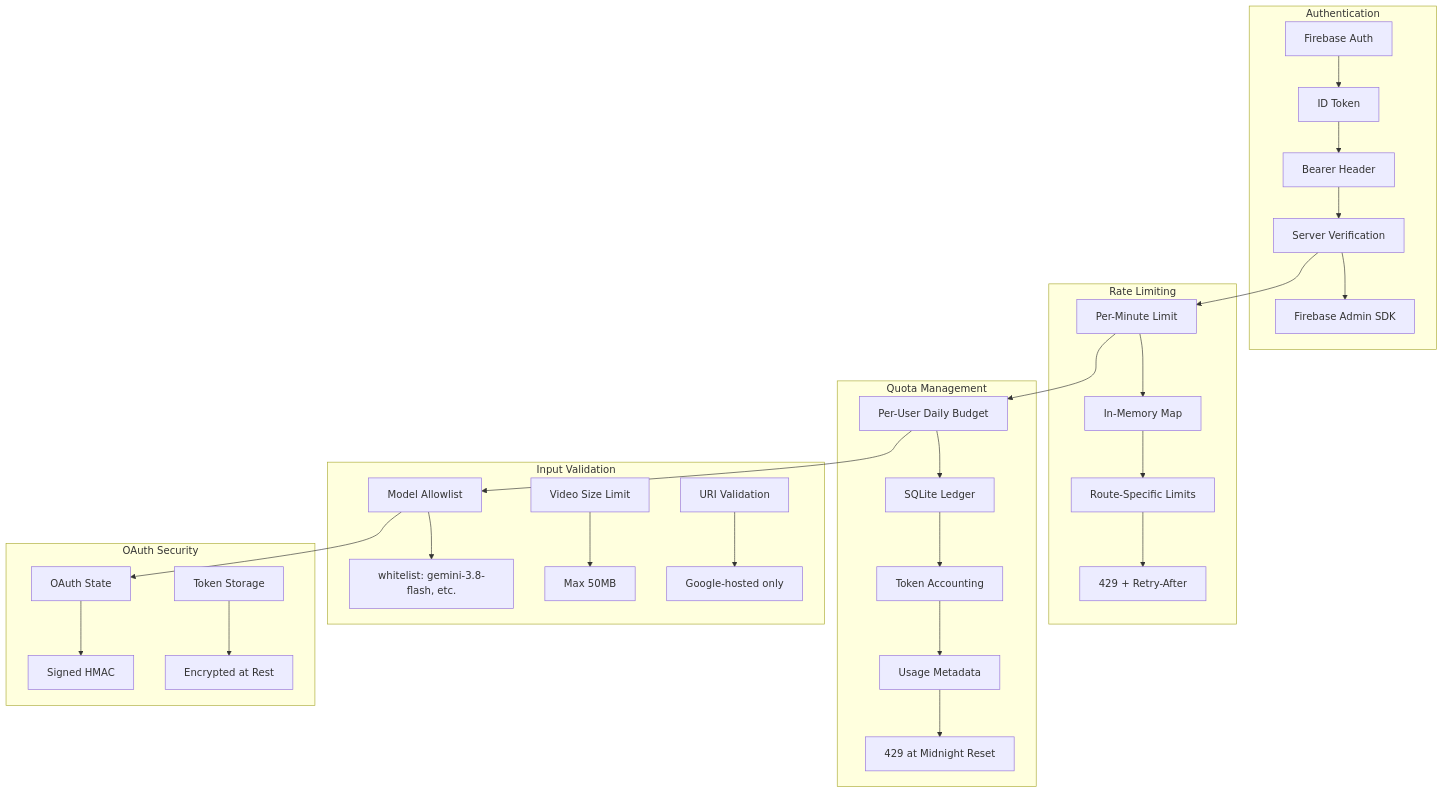
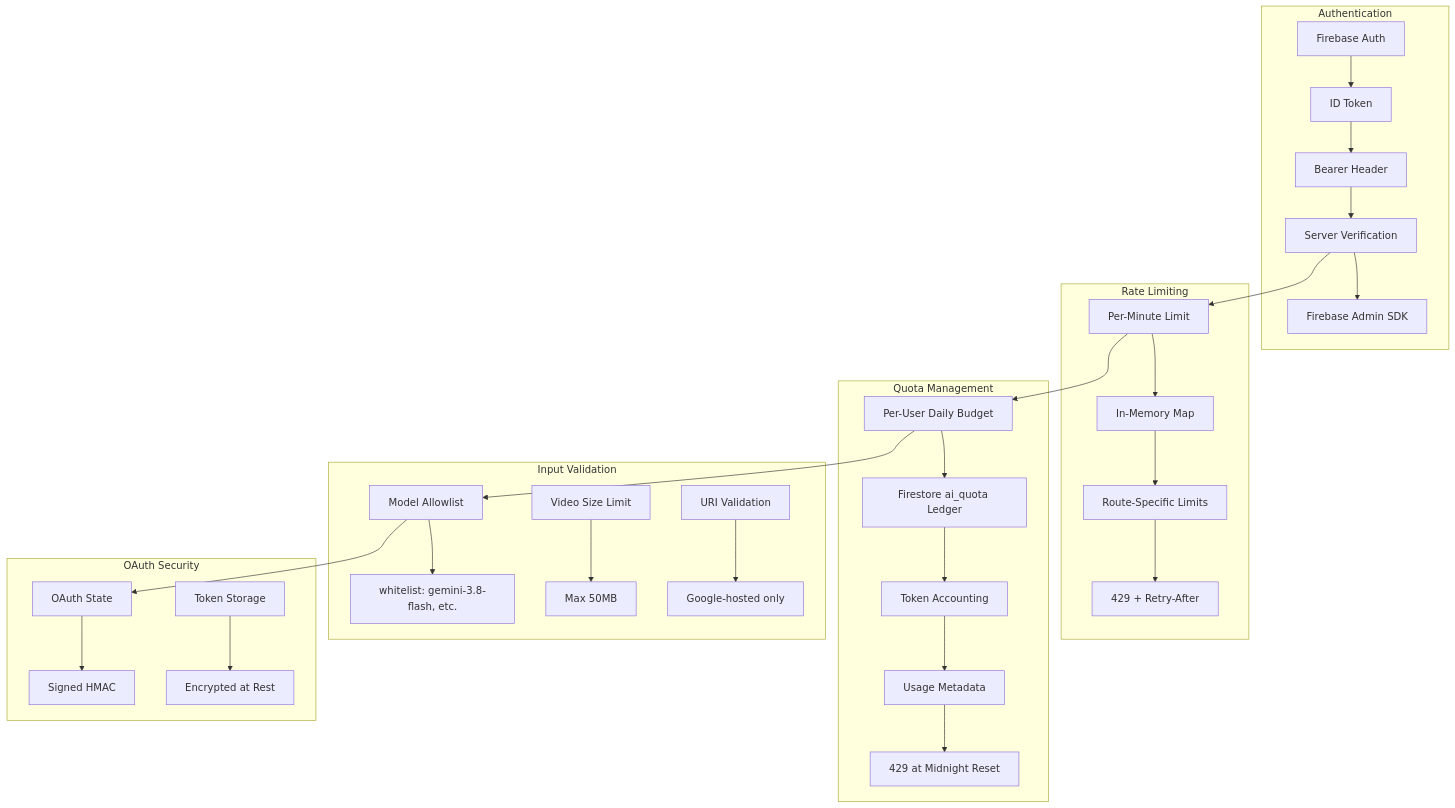
The tenth of 10 diagrams in ARCHITECTURE.md (danengelsman/CreatorOS), drawn with Mermaid before and after one commit. The commit also changed other lines of this file, not shown here.

Commit message:
docs: update ARCHITECTURE.md to post-F2.x Firestore-only reality

````diff
--- a/ARCHITECTURE.md
+++ b/ARCHITECTURE.md
@@ -401,38 +387,38 @@
 ```mermaid
 graph TB
     subgraph "Authentication"
         A[Firebase Auth] --> B[ID Token]
         B --> C[Bearer Header]
         C --> D[Server Verification]
         D --> E[Firebase Admin SDK]
     end
 
     subgraph "Rate Limiting"
         F[Per-Minute Limit] --> G[In-Memory Map]
         G --> H[Route-Specific Limits]
         H --> I[429 + Retry-After]
     end
 
     subgraph "Quota Management"
-        J[Per-User Daily Budget] --> K[SQLite Ledger]
+        J[Per-User Daily Budget] --> K[Firestore ai_quota Ledger]
         K --> L[Token Accounting]
         L --> M[Usage Metadata]
         M --> N[429 at Midnight Reset]
     end
 
     subgraph "Input Validation"
         O[Model Allowlist] --> P[whitelist: gemini-3.8-flash, etc.]
         Q[Video Size Limit] --> R[Max 50MB]
         S[URI Validation] --> T[Google-hosted only]
     end
 
     subgraph "OAuth Security"
         U[OAuth State] --> V[Signed HMAC]
         W[Token Storage] --> X[Encrypted at Rest]
     end
 
     D --> F
     F --> J
     J --> O
     O --> U
 ```
````
